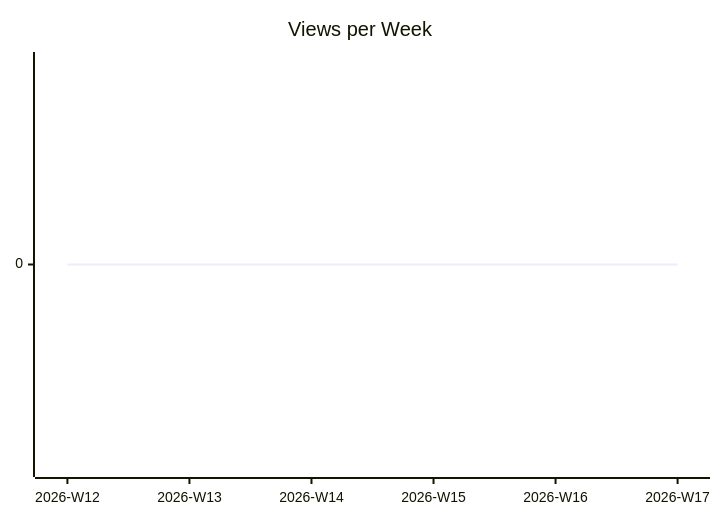
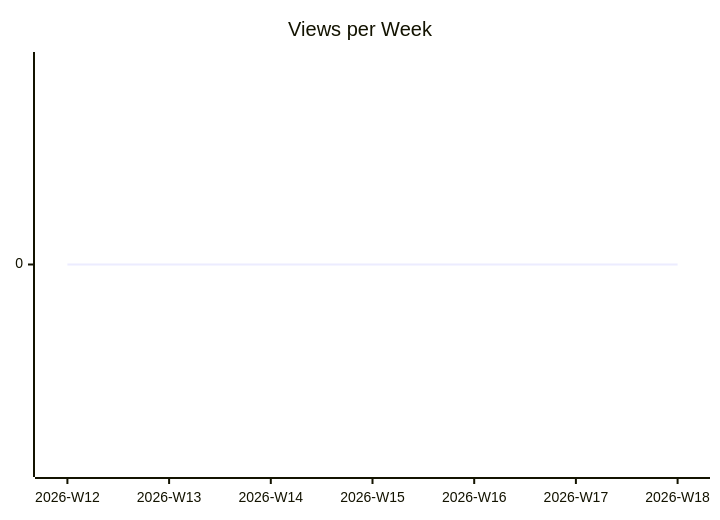
The second of 3 diagrams in karlmdavis/liquibase/README.md (justdavis-family/github-analytics-data), drawn with Mermaid before and after one commit. The commit also changed other lines of this file and 184 other files, not shown here.

````diff
--- a/karlmdavis/liquibase/README.md
+++ b/karlmdavis/liquibase/README.md
@@ -12,6 +12,6 @@
 ```mermaid
 xychart-beta
   title "Views per Week"
-  x-axis ["2026-W12", "2026-W13", "2026-W14", "2026-W15", "2026-W16", "2026-W17"]
-  line [0, 0, 0, 0, 0, 0]
+  x-axis ["2026-W12", "2026-W13", "2026-W14", "2026-W15", "2026-W16", "2026-W17", "2026-W18"]
+  line [0, 0, 0, 0, 0, 0, 0]
 ```
````
